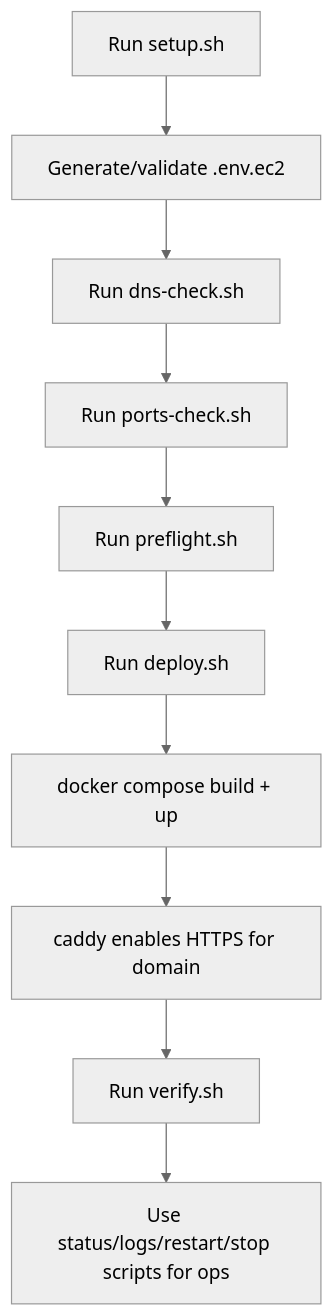
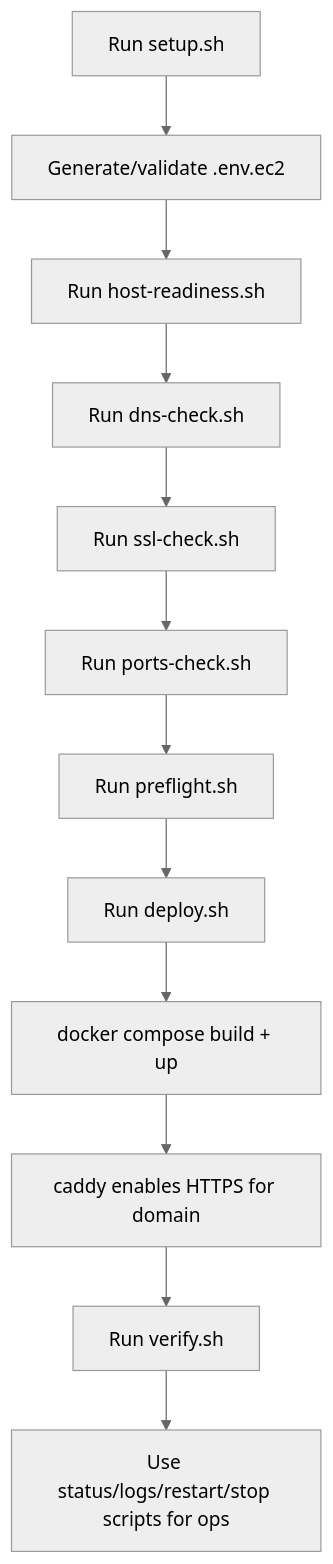
Before and after one commit to AmanVatsSharma/MailZen-Smart-Email-Management: the diagram in deploy/ec2/README.md, drawn with Mermaid (neutral theme). The commit also changed other lines of this file and 8 other files, not shown here.

Commit message:
add host readiness checks across launch and diagnostics

````diff
--- a/deploy/ec2/README.md
+++ b/deploy/ec2/README.md
@@ -60,12 +60,14 @@
 ```mermaid
 flowchart TD
   A[Run setup.sh] --> B[Generate/validate .env.ec2]
-  B --> C[Run dns-check.sh]
-  C --> D[Run ports-check.sh]
-  D --> E[Run preflight.sh]
-  E --> F[Run deploy.sh]
-  F --> G[docker compose build + up]
-  G --> H[caddy enables HTTPS for domain]
-  H --> I[Run verify.sh]
-  I --> J[Use status/logs/restart/stop scripts for ops]
+  B --> C[Run host-readiness.sh]
+  C --> D[Run dns-check.sh]
+  D --> E[Run ssl-check.sh]
+  E --> F[Run ports-check.sh]
+  F --> G[Run preflight.sh]
+  G --> H[Run deploy.sh]
+  H --> I[docker compose build + up]
+  I --> J[caddy enables HTTPS for domain]
+  J --> K[Run verify.sh]
+  K --> L[Use status/logs/restart/stop scripts for ops]
 ```
````
